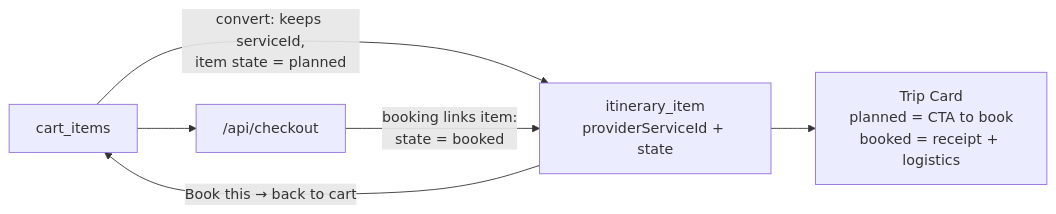
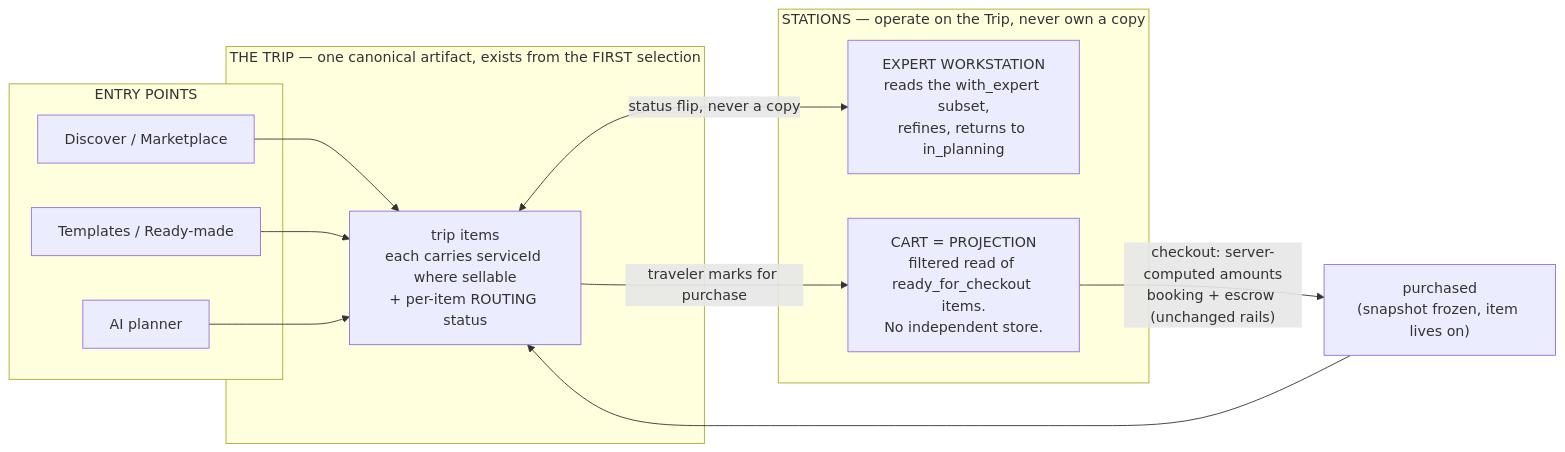
Before and after one commit to Nardo758/Traveloure-Real-: the second of 3 diagrams in docs/E2E_ITEM_LIFECYCLE.md, drawn with Mermaid. The commit also changed other lines of this file and 1 other file, not shown here.

First line of the commit message:
Trip-as-Artifact: ratified direction diagrammed, brief preserved in-repo

````diff
--- a/docs/E2E_ITEM_LIFECYCLE.md
+++ b/docs/E2E_ITEM_LIFECYCLE.md
@@ -121,8 +128,25 @@
 ```mermaid
 flowchart LR
-  cart2["cart_items"] -->|"convert: keeps serviceId,<br/>item state = planned"| item["itinerary_item<br/>providerServiceId + state"]
-  item -->|"Book this → back to cart"| cart2
-  cart2 --> pay["/api/checkout"]
-  pay -->|"booking links item:<br/>state = booked"| item
-  item --> card2["Trip Card<br/>planned = CTA to book<br/>booked = receipt + logistics"]
+  subgraph ENTRY["ENTRY POINTS"]
+    d2["Discover / Marketplace"]
+    t2["Templates / Ready-made"]
+    a2["AI planner"]
+  end
+
+  subgraph TRIPX["THE TRIP — one canonical artifact, exists from the FIRST selection"]
+    items["trip items<br/>each carries serviceId where sellable<br/>+ per-item ROUTING status"]
+  end
+
+  subgraph STATIONS["STATIONS — operate on the Trip, never own a copy"]
+    exp2["EXPERT WORKSTATION<br/>reads the with_expert subset,<br/>refines, returns to in_planning"]
+    cart2["CART = PROJECTION<br/>filtered read of ready_for_checkout items.<br/>No independent store."]
+  end
+
+  d2 --> items
+  t2 --> items
+  a2 --> items
+  items <-->|"status flip, never a copy"| exp2
+  items -->|"traveler marks for purchase"| cart2
+  cart2 -->|"checkout: server-computed amounts<br/>booking + escrow (unchanged rails)"| paid2["purchased<br/>(snapshot frozen, item lives on)"]
+  paid2 --> items
 ```
````
